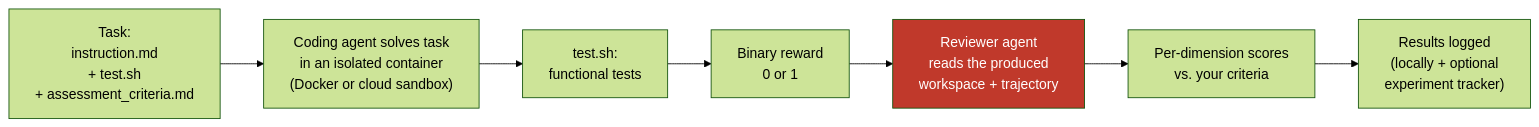
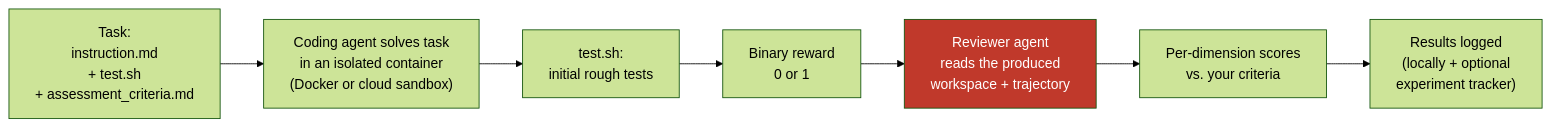
One commit to NoesisVision/nasde-toolkit changed the diagram in README.md. Above: the diagram before and after it, drawn with Mermaid (forest theme). The commit also changed other lines of this file and 7 other files, not shown here.

````diff
--- a/README.md
+++ b/README.md
@@ -110,11 +113,11 @@
 ```mermaid
 flowchart LR
     A["Task:<br/>instruction.md<br/>+ test.sh<br/>+ assessment_criteria.md"] --> B["Coding agent solves task<br/>in an isolated container<br/>(Docker or cloud sandbox)"]
-    B --> C["test.sh:<br/>functional tests"]
+    B --> C["test.sh:<br/>initial rough tests"]
     C --> D["Binary reward<br/>0 or 1"]
     D --> E["Reviewer agent<br/>reads the produced<br/>workspace + trajectory"]
     E --> F["Per-dimension scores<br/>vs. your criteria"]
     F --> G["Results logged<br/>(locally + optional<br/>experiment tracker)"]
 
     style E fill:#c0392b,color:#fff
 ```
````
